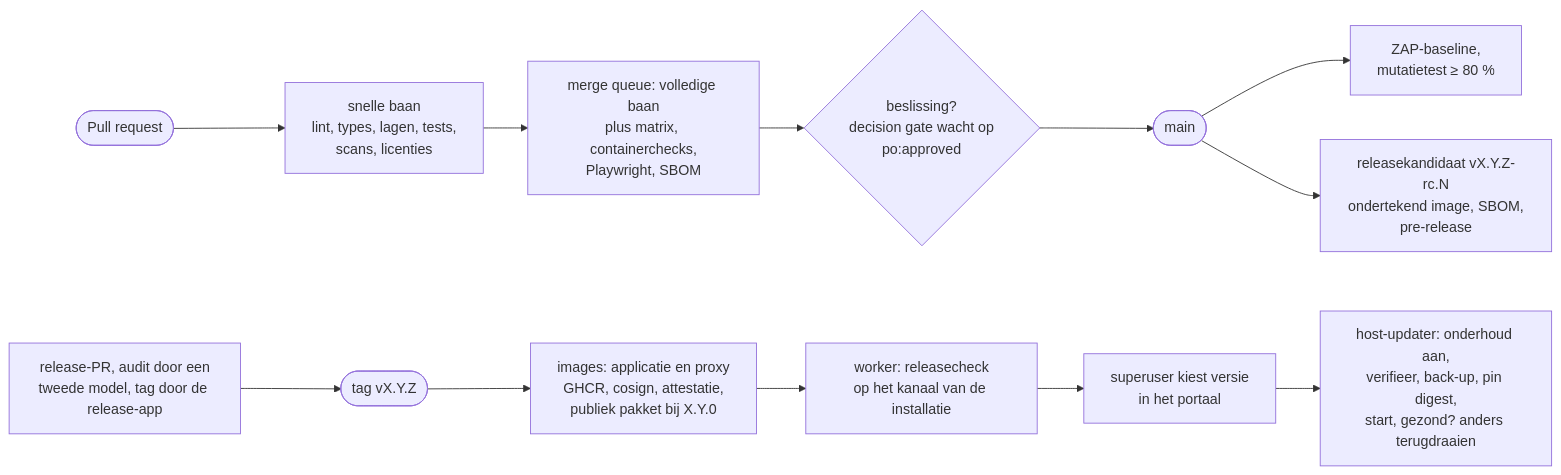
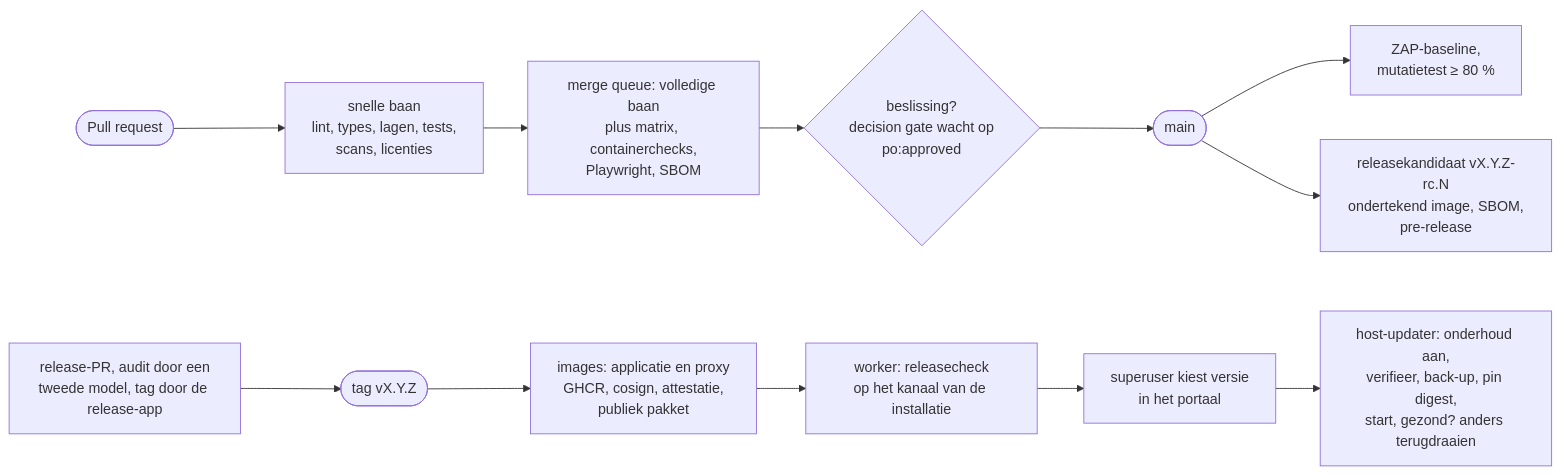
The seventh of 9 diagrams in docs/applicatie-architectuur.md (3Corners-Labs/OpenPlanner), drawn with Mermaid before and after one commit. The commit also changed other lines of this file, not shown here.

First line of the commit message:
docs: application architecture concept 2, with every flow and the hosting impact

````diff
--- a/docs/applicatie-architectuur.md
+++ b/docs/applicatie-architectuur.md
@@ -856,14 +997,14 @@
 ```mermaid
 flowchart LR
     pr([Pull request]) --> fast["snelle baan<br/>lint, types, lagen, tests,<br/>scans, licenties"]
     fast --> queue["merge queue: volledige baan<br/>plus matrix, containerchecks,<br/>Playwright, SBOM"]
     queue --> gate{"beslissing?<br/>decision gate wacht op<br/>po:approved"}
     gate --> main([main])
     main --> zap["ZAP-baseline,<br/>mutatietest ≥ 80 %"]
     main --> rc["releasekandidaat vX.Y.Z-rc.N<br/>ondertekend image, SBOM,<br/>pre-release"]
     rel["release-PR, audit door een<br/>tweede model, tag door de release-app"] --> tag([tag vX.Y.Z])
-    tag --> img["images: applicatie en proxy<br/>GHCR, cosign, attestatie,<br/>publiek pakket bij X.Y.0"]
+    tag --> img["images: applicatie en proxy<br/>GHCR, cosign, attestatie,<br/>publiek pakket"]
     img --> check["worker: releasecheck<br/>op het kanaal van de installatie"]
     check --> portal["superuser kiest versie<br/>in het portaal"]
     portal --> upd["host-updater: onderhoud aan,<br/>verifieer, back-up, pin digest,<br/>start, gezond? anders terugdraaien"]
 ```
````
